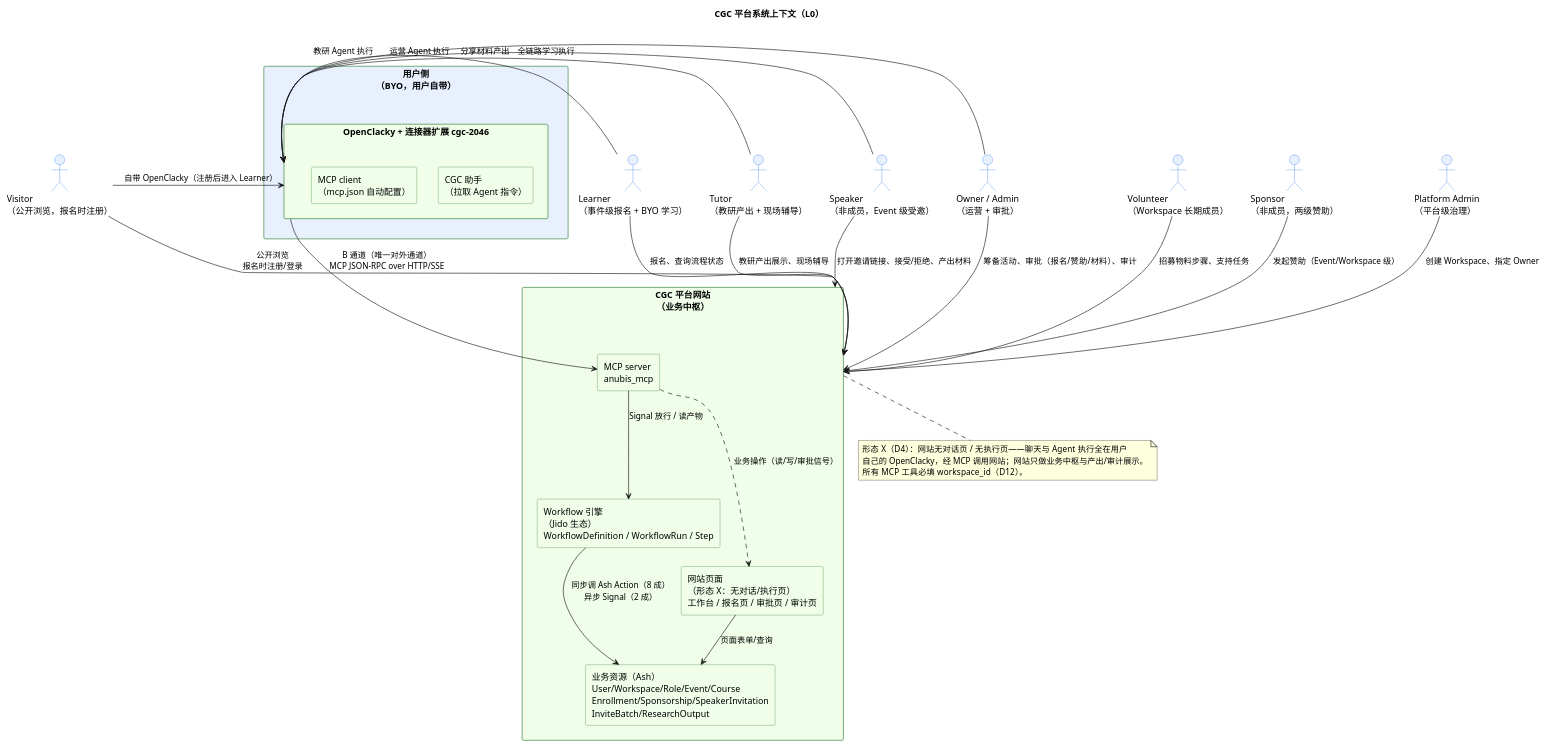
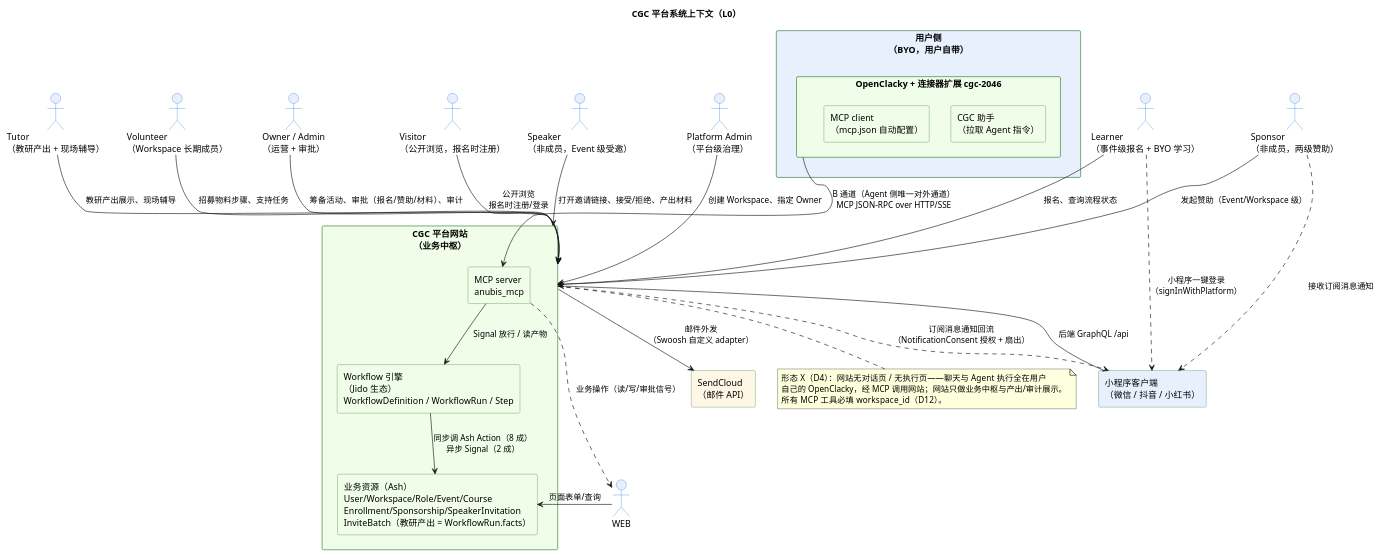
The diagram in docs/diagrams/system-context.puml (CodingGirlsClub/cgc_2046), drawn with PlantUML before and after one commit. The commit also changed 31 other files, not shown here.

First line of the commit message:
refactor(workflows): 落实漂移裁决 R2/R3 + 图侧全量还账（R1/R4-R7/R9）

```diff
--- a/docs/diagrams/system-context.puml
+++ b/docs/diagrams/system-context.puml
@@ -1,69 +1,74 @@
 @startuml system-context
 ' ============================================================
 ' L0 - 系统上下文图（System Context）
-' 事实来源：docs/00-CGC平台设计总纲.md、docs/01-定稿设计/用户旅程与Web功能清单.md
+' 事实来源（代码锚点）：backend/lib/cgc_2046_web/graphql_schema.ex（signInWithPlatform）
+'   · accounts/strategies/miniprogram.ex · miniprogram/{code,notification_consent}.ex
+'   · swoosh_adapters/send_cloud.ex（漂移复核：DRIFT-EVIDENCE/L3-engine-l0.md §7）
 ' 展示 CGC 平台与外部参与者/系统的边界：人（角色）与系统
-' （用户侧 OpenClacky、网站侧 MCP server / 引擎 / 业务资源）。
+' （用户侧 OpenClacky 与小程序客户端、网站侧 MCP server / 引擎 / 业务
+'   资源、外部邮件系统 SendCloud）。
 ' ============================================================
 title CGC 平台系统上下文（L0）
 skinparam backgroundColor white
 skinparam rectangle {
     BackgroundColor #F0FDE8
     BorderColor #2E7D32
 }
 skinparam actor {
     BackgroundColor #E8F0FE
     BorderColor #1A73E8
 }
 
 actor "Visitor\n（公开浏览，报名时注册）" as V
 actor "Learner\n（事件级报名 + BYO 学习）" as L
 actor "Tutor\n（教研产出 + 现场辅导）" as T
 actor "Volunteer\n（Workspace 长期成员）" as Vol
 actor "Owner / Admin\n（运营 + 审批）" as O
 actor "Sponsor\n（非成员，两级赞助）" as S
 actor "Speaker\n（非成员，Event 级受邀）" as Sp
 actor "Platform Admin\n（平台级治理）" as PA
 
 rectangle "用户侧\n（BYO，用户自带）" as USERSIDE #E8F0FE {
     rectangle "OpenClacky + 连接器扩展 cgc-2046" as OC {
         rectangle "CGC 助手\n（拉取 Agent 指令）" as ASSIST
         rectangle "MCP client\n（mcp.json 自动配置）" as MCPC
     }
 }
 
 rectangle "CGC 平台网站\n（业务中枢）" as SITE {
     rectangle "MCP server\nanubis_mcp" as MCP
     rectangle "Workflow 引擎\n（Jido 生态）\nWorkflowDefinition / WorkflowRun / Step" as ENGINE
-    rectangle "业务资源（Ash）\nUser/Workspace/Role/Event/Course\nEnrollment/Sponsorship/SpeakerInvitation\nInviteBatch/ResearchOutput" as BIZ
-    rectangle "网站页面\n（形态 X：无对话/执行页）\n工作台 / 报名页 / 审批页 / 审计页" as WEB
+    rectangle "业务资源（Ash）\nUser/Workspace/Role/Event/Course\nEnrollment/Sponsorship/SpeakerInvitation\nInviteBatch（教研产出 = WorkflowRun.facts）" as BIZ
 }
+
+rectangle "小程序客户端\n（微信 / 抖音 / 小红书）" as MP #E8F0FE
+rectangle "SendCloud\n（邮件 API）" as SENDCLOUD #FFF7E6
 
 V -down-> SITE : 公开浏览\n报名时注册/登录
 L -down-> SITE : 报名、查询流程状态
 T -down-> SITE : 教研产出展示、现场辅导
 Vol -down-> SITE : 招募物料步骤、支持任务
 O -down-> SITE : 筹备活动、审批（报名/赞助/材料）、审计
 S -down-> SITE : 发起赞助（Event/Workspace 级）
 Sp -down-> SITE : 打开邀请链接、接受/拒绝、产出材料
 PA -down-> SITE : 创建 Workspace、指定 Owner
 
-V -right-> OC : 自带 OpenClacky（注册后进入 Learner）
-L -right-> OC : 全链路学习执行
-T -right-> OC : 教研 Agent 执行
-Sp -right-> OC : 分享材料产出
-O -right-> OC : 运营 Agent 执行
+L ..down-> MP : 小程序一键登录\n（signInWithPlatform）
+S ..down-> MP : 接收订阅消息通知
 
-OC -down-> MCP : B 通道（唯一对外通道）\nMCP JSON-RPC over HTTP/SSE
+OC -down-> MCP : B 通道（Agent 侧唯一对外通道）\nMCP JSON-RPC over HTTP/SSE
 MCP -down-> ENGINE : Signal 放行 / 读产物
 ENGINE -down-> BIZ : 同步调 Ash Action（8 成）\n异步 Signal（2 成）
 MCP ..down-> WEB : 业务操作（读/写/审批信号）
 WEB -down-> BIZ : 页面表单/查询
 
+MP -down-> SITE : 后端 GraphQL /api
+SITE ..> MP : 订阅消息通知回流\n（NotificationConsent 授权 + 扇出）
+SITE -down-> SENDCLOUD : 邮件外发\n（Swoosh 自定义 adapter）
 note bottom of SITE
   形态 X（D4）：网站无对话页 / 无执行页——聊天与 Agent 执行全在用户
   自己的 OpenClacky，经 MCP 调用网站；网站只做业务中枢与产出/审计展示。
   所有 MCP 工具必填 workspace_id（D12）。
 end note
 
 @enduml
```
